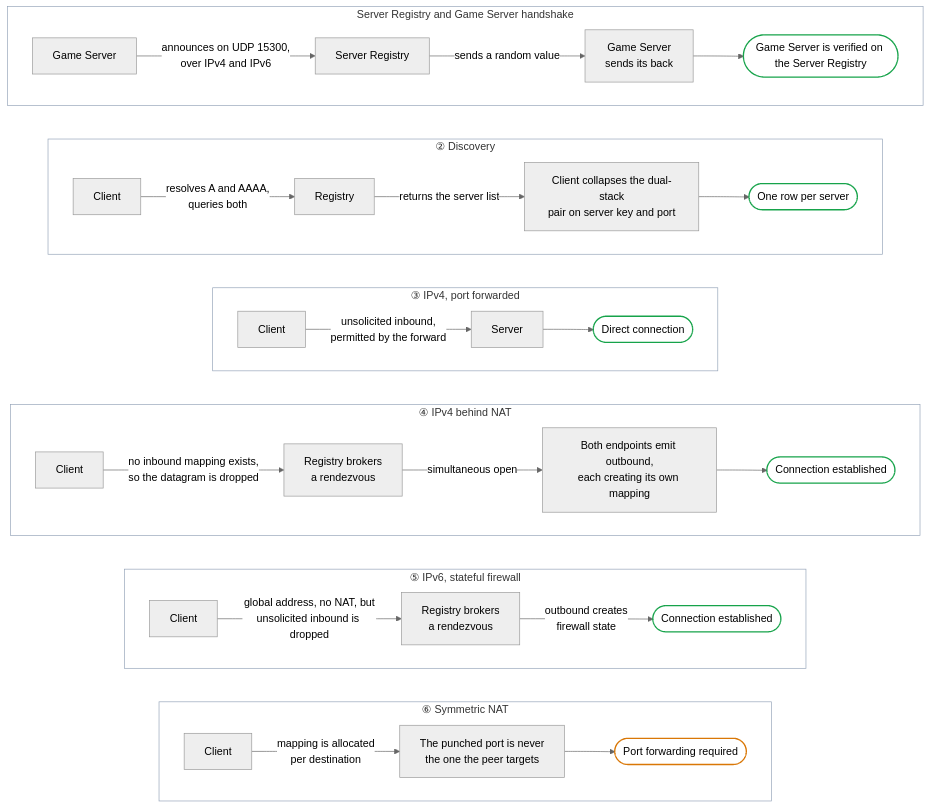
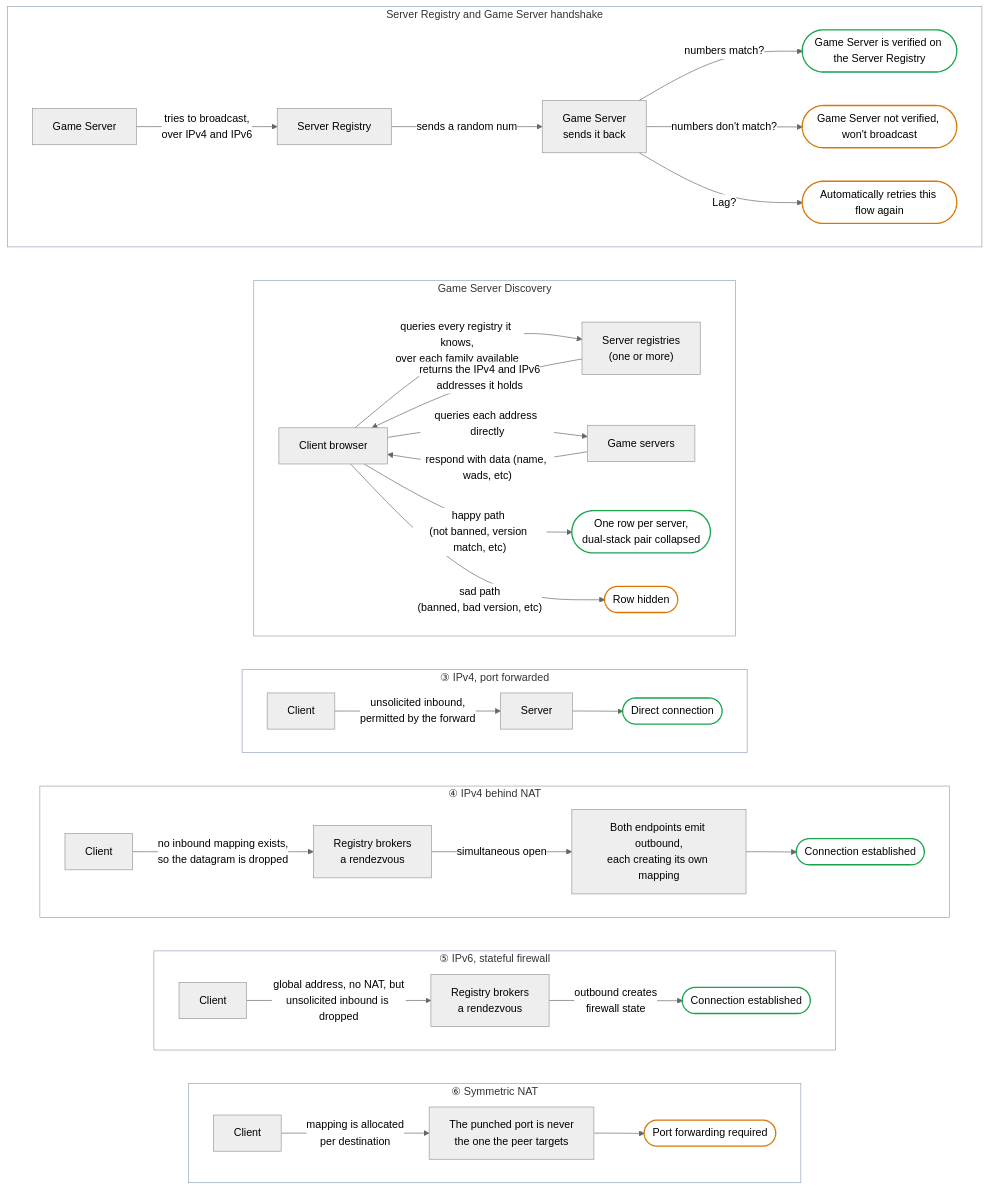
One commit to rc4l/ForkUnderA changed the diagram in README.server-registry.md. Above: the diagram before and after it, drawn with Mermaid (neutral theme). The commit also changed other lines of this file, not shown here.

````diff
--- a/README.server-registry.md
+++ b/README.server-registry.md
@@ -5,60 +7,65 @@
 ```mermaid
 flowchart TB
 
     subgraph R["Server Registry and Game Server handshake"]
         direction LR
-        R1["Game Server"] -->|"announces on UDP 15300,<br/>over IPv4 and IPv6"| R2["Server Registry"]
-        R2 -->|"sends a random value"| R3["Game Server<br/>sends its back"]
-        R3 --> R4(["Game Server is verified on the Server Registry"])
+        R1["Game Server"] -->|"tries to broadcast,<br/>over IPv4 and IPv6"| R2["Server Registry"]
+        R2 -->|"sends a random num"| R3["Game Server<br/>sends it back"]
+        R3 --> |"numbers match?"| R4(["Game Server is verified on the Server Registry"])
+        R3 --> |"numbers don't match?"| E1(["Game Server not verified, won't broadcast"])
+        R3 --> |"Lag?"| E2(["Automatically retries this flow again"])
     end
 
-    subgraph Q["② Discovery"]
+    subgraph Q["Game Server Discovery"]
         direction LR
-        Q1["Client"] -->|"resolves A and AAAA,<br/>queries both"| Q2["Registry"]
-        Q2 -->|"returns the server list"| Q3["Client collapses the dual-stack<br/>pair on server key and port"]
-        Q3 --> Q4(["One row per server"])
+          Q1["Client browser"] -->|"queries every registry it knows,<br/>over each family available"| Q2["Server registries<br/>(one or more)"]
+          Q2 -->|"returns the IPv4 and IPv6<br/>addresses it holds"| Q1
+          Q1 -->|"queries each address directly"| WWW["Game servers"]
+          WWW -->|"respond with data (name, wads, etc)"| Q1
+          Q1 -->|"happy path <br/>(not banned, version match, etc)"| G1(["One row per server,<br/>dual-stack pair collapsed"])
+          Q1 -->|"sad path <br/>(banned, bad version, etc)"| E3(["Row hidden"])
     end
 
     subgraph A["③ IPv4, port forwarded"]
         direction LR
         A1["Client"] -->|"unsolicited inbound,<br/>permitted by the forward"| A2["Server"]
         A2 --> A3(["Direct connection"])
     end
 
     subgraph B["④ IPv4 behind NAT"]
         direction LR
         B1["Client"] -->|"no inbound mapping exists,<br/>so the datagram is dropped"| B2["Registry brokers<br/>a rendezvous"]
         B2 -->|"simultaneous open"| B3["Both endpoints emit outbound,<br/>each creating its own mapping"]
         B3 --> B4(["Connection established"])
     end
 
     subgraph C["⑤ IPv6, stateful firewall"]
         direction LR
         C1["Client"] -->|"global address, no NAT, but<br/>unsolicited inbound is dropped"| C2["Registry brokers<br/>a rendezvous"]
         C2 -->|"outbound creates<br/>firewall state"| C3(["Connection established"])
     end
 
     subgraph S["⑥ Symmetric NAT"]
         direction LR
         S1["Client"] -->|"mapping is allocated<br/>per destination"| S2["The punched port is never<br/>the one the peer targets"]
         S2 --> S3(["Port forwarding required"])
     end
 
     R ~~~ Q
     Q ~~~ A
     A ~~~ B
     B ~~~ C
     C ~~~ S
 
     classDef ok fill:none,stroke:#16a34a,stroke-width:2px
     classDef warn fill:none,stroke:#d97706,stroke-width:2px
-    class R4,Q4,A3,B4,C3 ok
-    class S3 warn
+    class R4,Q4,A3,B4,C3,G1,G2,G3,G4 ok
+    class S3,E1,E2,E3 warn
 
     style R fill:none,stroke:#94a3b8
     style Q fill:none,stroke:#94a3b8
     style A fill:none,stroke:#94a3b8
     style B fill:none,stroke:#94a3b8
     style C fill:none,stroke:#94a3b8
     style S fill:none,stroke:#94a3b8
 ```
````
